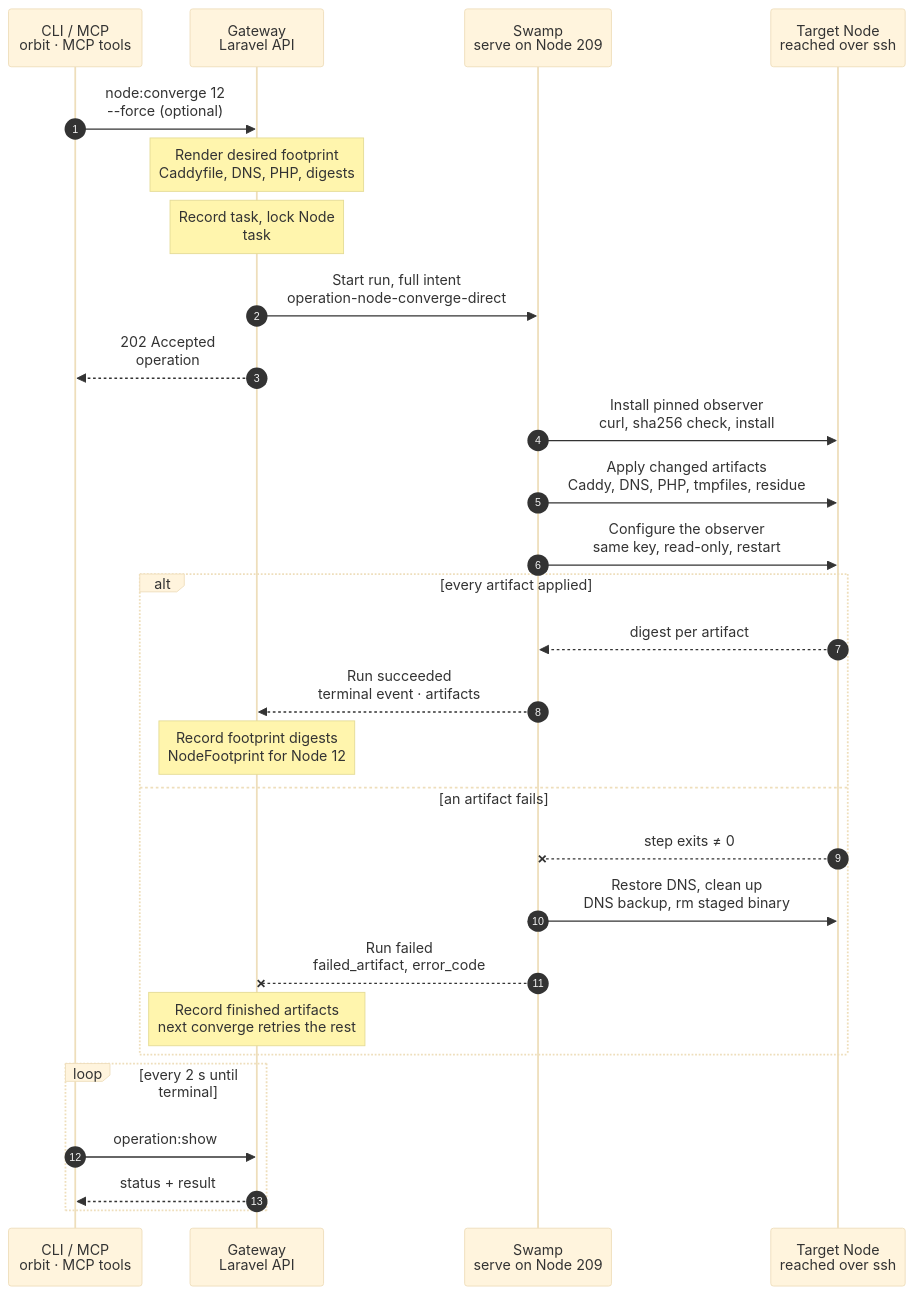
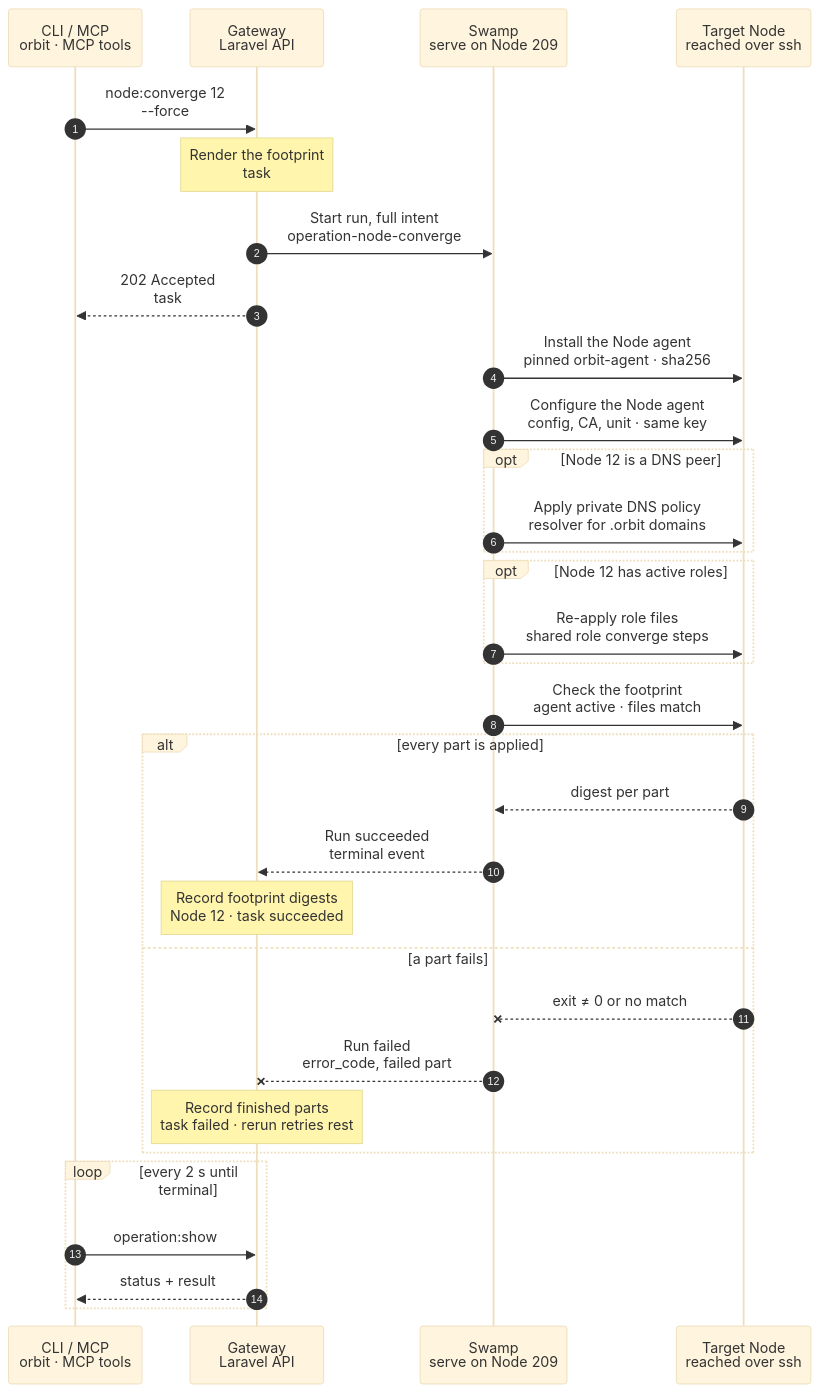
Before and after one commit to hardimpactdev/orbit: the diagram in docs/flows/node.converge.mmd, drawn with Mermaid (base theme). The commit also changed 3 other files, not shown here.

First line of the commit message:
docs(flows): wave 2 Node charts in the agreed format (#2435)

```diff
--- a/docs/flows/node.converge.mmd
+++ b/docs/flows/node.converge.mmd
@@ -1,34 +1,131 @@
 sequenceDiagram
-  %% Target design: ADR 0243/0244 + decisions agent-observer-swamp-acts, single-swamp-node, R2, R4.
+  %% Target design: ADR 0243/0244 task, DECISIONS R1-R4, agent-observer-swamp-acts, single-swamp-node. docs/reference/node-provisioning.md#converge-the-orbit-footprint.
   %% status: draft
+  %% command: node:converge
   autonumber
   %% lane CLI icon=terminal pill=caller tone=gray
   %% lane GW icon=gateway pill=intent tone=blue
   %% lane SW icon=workflow pill=executes tone=green
   %% lane N icon=server pill=target tone=amber
   participant CLI as CLI / MCP<br/>orbit · MCP tools
   participant GW as Gateway<br/>Laravel API
   participant SW as Swamp<br/>serve on Node 209
   participant N as Target Node<br/>reached over ssh
-  CLI->>GW: node:converge 12<br/>--force (optional)
-  Note over GW: Render desired footprint<br/>Caddyfile, DNS, PHP, digests
-  Note over GW: Record task, lock Node<br/>task #5132 · node-converge:12
-  GW->>SW: Start run, full intent<br/>operation-node-converge-direct
-  GW-->>CLI: 202 Accepted<br/>operation #5132
-  SW->>N: Install pinned observer<br/>curl, sha256 check, install
-  SW->>N: Apply changed artifacts<br/>Caddy, DNS, PHP, tmpfiles, residue
-  SW->>N: Configure the observer<br/>same key, read-only, restart
-  alt every artifact applied
-    N-->>SW: digest per artifact
-    SW-->>GW: Run succeeded<br/>terminal event · artifacts
-    Note over GW: Record footprint digests<br/>NodeFootprint for Node 12
-  else an artifact fails
-    N--xSW: step exits ≠ 0
-    SW->>N: Restore DNS, clean up<br/>DNS backup, rm staged binary
-    SW--xGW: Run failed<br/>failed_artifact, error_code
-    Note over GW: Record finished artifacts<br/>next converge retries the rest
+  CLI->>GW: node:converge 12<br/>--force
+  %%> Command:
+  %%> - `orbit node:converge 12 --force`
+  %%> - syntax: `<node> [--force] [--idempotency-key=KEY] [--json]`
+  %%> Input:
+  %%> - the Node, by id or exact name
+  %%> - `--force` re-applies every part, not only the parts whose digest changed
+  %%> What it does:
+  %%> - re-applies Orbit's own files on Node 12: the Node agent, the private DNS client policy, and the files of its active roles
+  %%> - never changes an Instance, a Process, a Schedule or a role assignment, so it is safe on a Node that owns Instances
+  %%> Who can call it:
+  %%> - the `orbit` CLI, the MCP tool, and the fleet rollout send the same request
+  Note over GW: Render the footprint<br/>task #5132 · digest per part
+  %%> Requirements:
+  %%> - your Node has an access grant to Node 12
+  %%> - Node 12 is an active, managed Linux Node
+  %%> - no other converge or Node agent rekey runs for Node 12; the Gateway holds one lock per Node
+  %%> Builds:
+  %%> - the pinned `orbit-agent` release and its SHA-256
+  %%> - the Node agent configuration, Orbit root certificate and unit
+  %%> - the private DNS client policy, when Node 12 is a peer with roles
+  %%> - the files of each active role, through the shared role steps
+  %%> - one digest per part, from the Gateway's own code and pins; no SSH
+  %%> Result:
+  %%> - task #5132 recorded with the full intent and the parts to apply
+  %%> - unchanged parts are left out, unless `--force`
+  GW->>SW: Start run, full intent<br/>operation-node-converge
+  %%> What it does:
+  %%> - starts one Swamp run on serve (Node 209)
+  %%> Inputs:
+  %%> - the parts to apply, with their files and digests
+  %%> - the agent's verifier hash, to check the existing key; never the key
+  %%> - Node 12's address and SSH host keys; the SSH identity comes from the `swamp` role
+  GW-->>CLI: 202 Accepted<br/>task #5132
+  %%> What you get:
+  %%> - the task number, at once
+  %%> Next:
+  %%> - the CLI follows the task with `operation:show`
+  SW->>N: Install the Node agent<br/>pinned orbit-agent · sha256
+  %%> What it does:
+  %%> - compares the installed binary with the pin; a match skips the rest of this step
+  %%> - otherwise downloads the release, checks its SHA-256, and swaps it in, keeping `orbit-agent.previous`
+  %%> How:
+  %%> - official `@swamp/cfgmgmt` behaviors (fetch, file) over SSH from 209
+  %%> - no `orbit-agent command …`; the agent only observes and runs no actions
+  SW->>N: Configure the Node agent<br/>config, CA, unit · same key
+  %%> What it does:
+  %%> - writes `config.toml`, `ca.pem` and the `orbit-agent.service` unit in `/etc/orbit/agent`
+  %%> - restarts the agent only when the binary or one of these files changed
+  %%> Keeps the key:
+  %%> - checks that `/etc/orbit/agent/secret` matches the recorded verifier; it never writes a new key
+  %%> - a missing or mismatched key fails this step; `orbit:node-agent-rekey` issues a new one
+  %%> How:
+  %%> - official `@swamp/cfgmgmt/file` and `@swamp/cfgmgmt/systemd` behaviors over SSH from 209
+  opt Node 12 is a DNS peer
+    SW->>N: Apply private DNS policy<br/>resolver for .orbit domains
+    %%> When:
+    %%> - Node 12 is an active managed peer with roles; not the `vpn` Node and not the Gateway's Node
+    %%> What it does:
+    %%> - sends the private `.orbit` domains to the Orbit DNS server, with the split DNS policy
+    %%> - no WireGuard tunnel restart
+  end
+  opt Node 12 has active roles
+    SW->>N: Re-apply role files<br/>shared role converge steps
+    %%> What it does:
+    %%> - runs the same steps that role converge (`node.role_converge`) runs for each active role, only for parts whose digest changed
+    %%> Per role:
+    %%> - a Caddy role or Caddy sites: Caddy package floor, then the Caddyfile; validates it first and reloads Caddy gracefully
+    %%> - `app-dev`, `app-prod`: the managed PHP-FPM module; a graceful reload of valid running masters
+    %%> - `app-dev`: the `/etc/tmpfiles.d/orbit.conf` rule for `/tmp/orbit-*` and `/dev/shm/orbit-*`; restarts nothing
+    %%> - `vpn`: the private DNS listener, records and catalog; restarts dnsmasq or the listener only for a change, and restores the last good copy when the new one fails its check
+    %%> Not included:
+    %%> - adding or removing a role, and Metrics exporters; those have their own commands
+  end
+  SW->>N: Check the footprint<br/>agent active · files match
+  %%> What it does:
+  %%> - checks that `orbit-agent` is active and runs the pinned binary
+  %%> - reads each applied file back and compares it with its digest
+  %%> - checks that Caddy, PHP-FPM and DNS answer when they were changed
+  %%> Why:
+  %%> - a part only counts as applied when the Node shows it
+  alt every part is applied
+    N-->>SW: digest per part
+    %%> Returns:
+    %%> - the check passed for every part
+    SW-->>GW: Run succeeded<br/>terminal event
+    %%> How the Gateway learns it:
+    %%> - its shared run reader sees the terminal event; Swamp never calls the Gateway
+    Note over GW: Record footprint digests<br/>Node 12 · task succeeded
+    %%> Result:
+    %%> - the digest of each applied part, and Node 12's footprint digest
+    %%> - the fleet rollout sees Node 12 as up to date
+    %%> - task #5132 succeeds
+  else a part fails
+    N--xSW: exit ≠ 0 or no match
+    %%> When:
+    %%> - a download doesn't match its pin, the Node agent's key doesn't match, Caddy refuses the Caddyfile, or a check fails
+    SW--xGW: Run failed<br/>error_code, failed part
+    %%> The Gateway reads:
+    %%> - which part failed and its error code, and which parts finished before it
+    Note over GW: Record finished parts<br/>task failed · rerun retries rest
+    %%> Result:
+    %%> - the digests of the finished parts are recorded; the failed part keeps its old digest
+    %%> - task #5132 fails
+    %%> On the Node:
+    %%> - finished parts stay; there is no rollback, except the DNS listener's restore of its last good copy
+    %%> - the running Node agent keeps its key, so it keeps reporting
+    %%> Retry:
+    %%> - run the same command again after fixing the cause; it applies only the parts that are still different
   end
   loop every 2 s until terminal
-    CLI->>GW: operation:show #OP
+    CLI->>GW: operation:show #5132
+    %%> What it does:
+    %%> - asks for the task's status every 2 seconds until it has ended
     GW-->>CLI: status + result
+    %%> Returns:
+    %%> - the current status, and the result once the task has ended
   end
```
